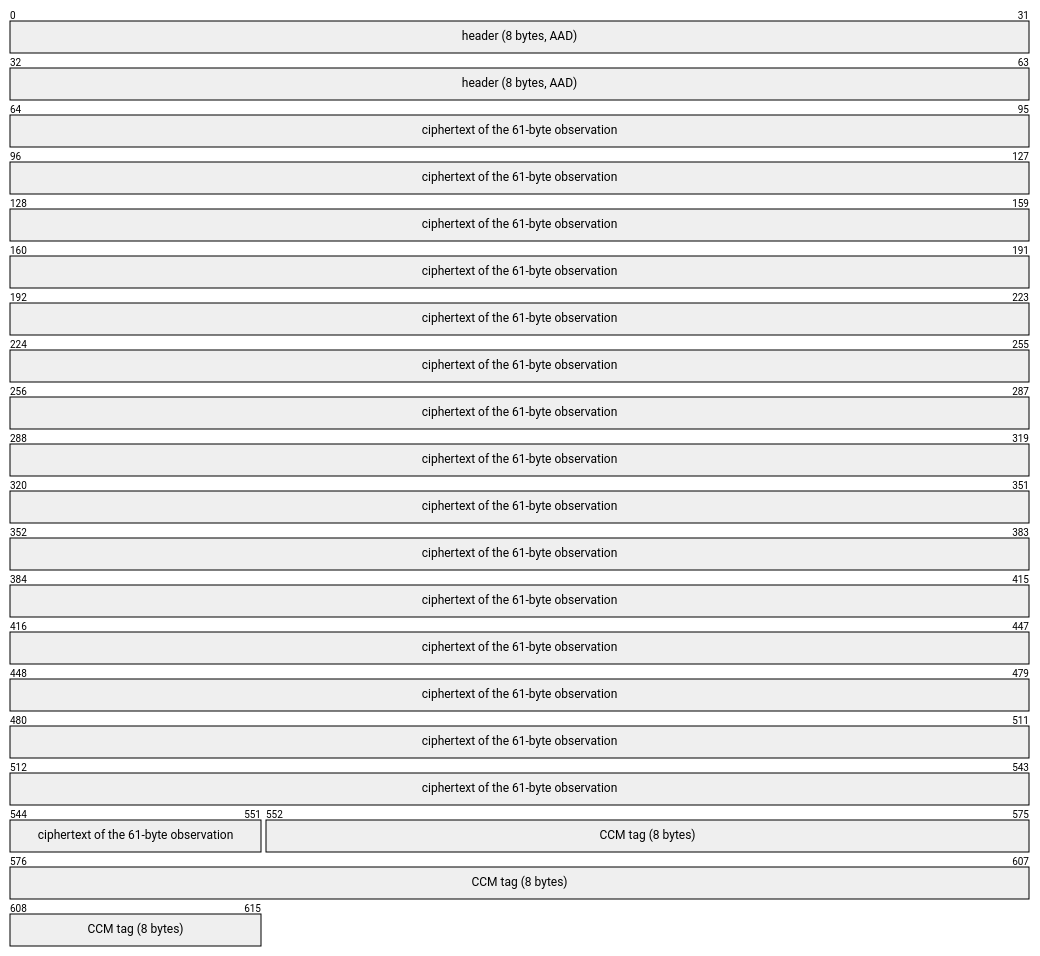
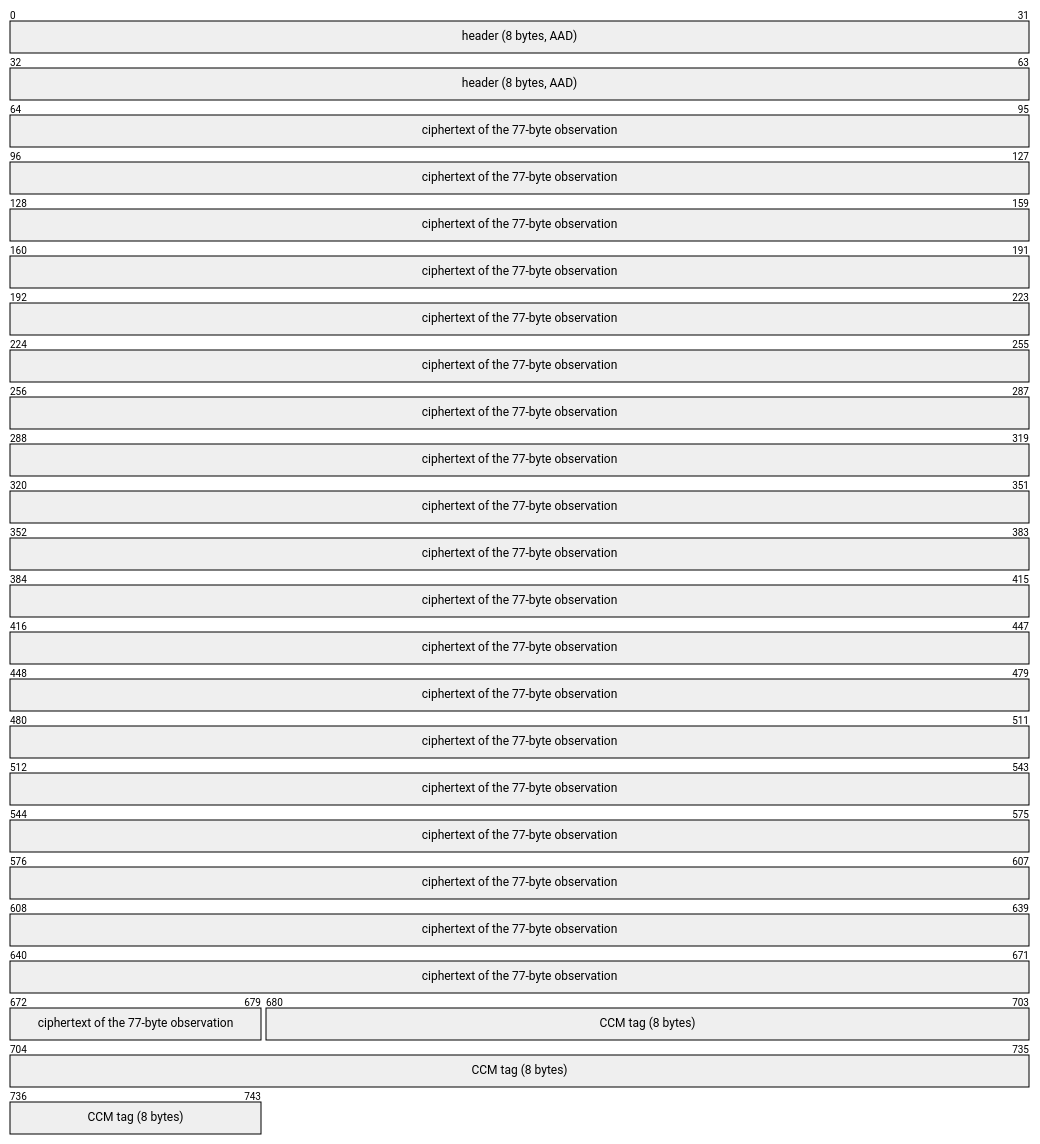
Before and after one commit to clintecker/weather-station-2026: the eighth of 22 diagrams in docs/protocol-stack.md, drawn with Mermaid. The commit also changed other lines of this file and 303 other files, not shown here.

````diff
--- a/docs/protocol-stack.md
+++ b/docs/protocol-stack.md
@@ -380,6 +415,6 @@
 ```mermaid
 packet-beta
   0-63: "header (8 bytes, AAD)"
-  64-551: "ciphertext of the 61-byte observation"
-  552-615: "CCM tag (8 bytes)"
+  64-679: "ciphertext of the 77-byte observation"
+  680-743: "CCM tag (8 bytes)"
 ```
````
